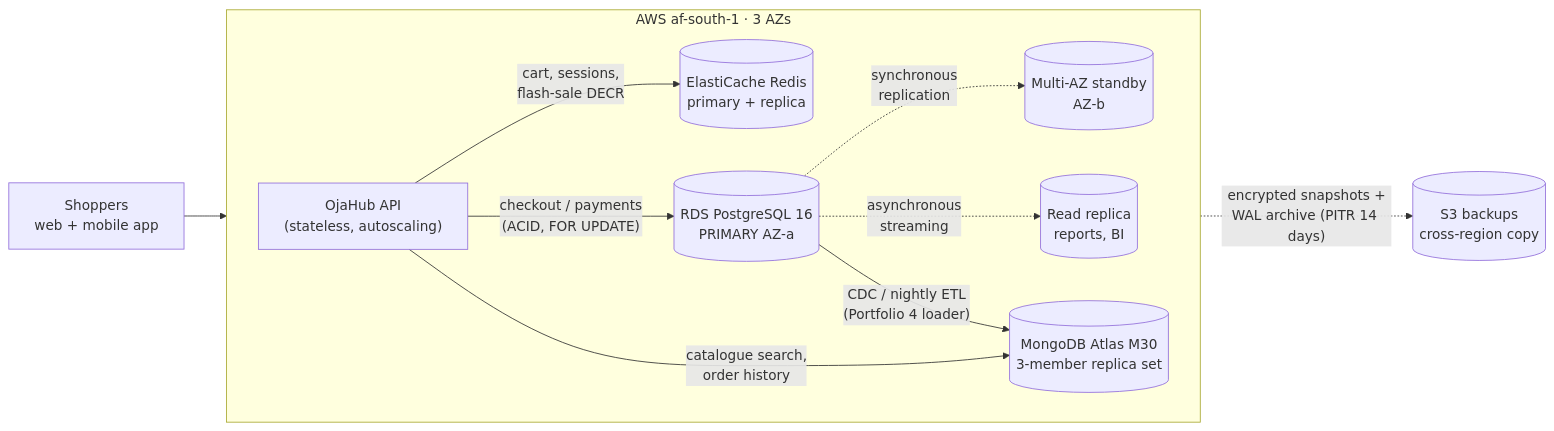
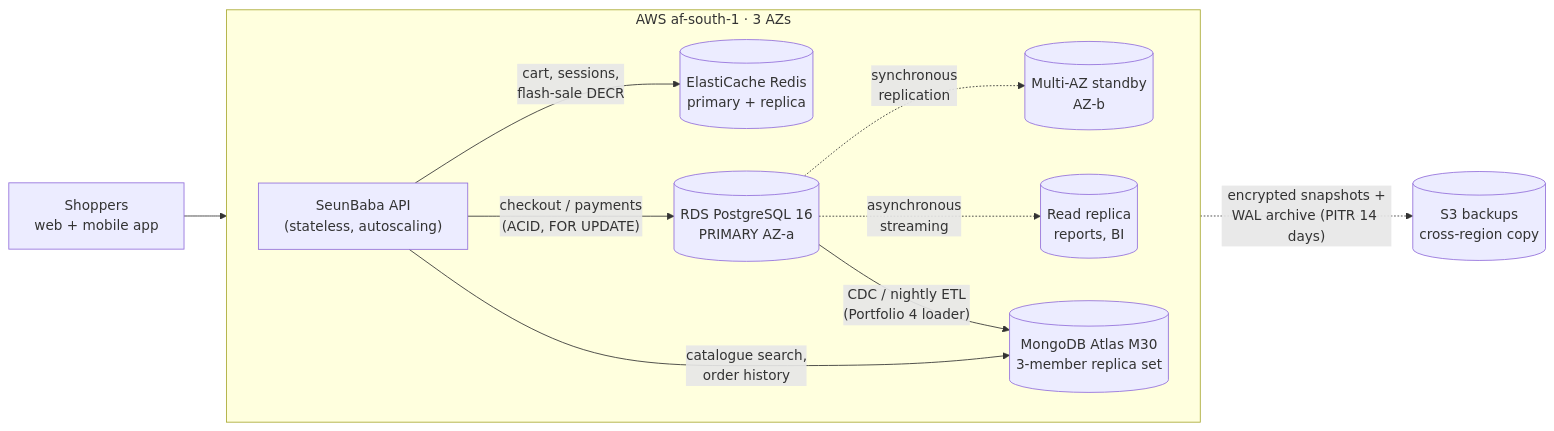
Before and after one commit to NinoBass/oluwaseun_mit8103_submission: the diagram in portfolio-5-distributed-cloud/cloud/architecture.mmd, drawn with Mermaid. The commit also changed 1 other file, not shown here.

Commit message:
p5: rename case study in Terraform and architecture diagram

```diff
--- a/portfolio-5-distributed-cloud/cloud/architecture.mmd
+++ b/portfolio-5-distributed-cloud/cloud/architecture.mmd
@@ -1,12 +1,12 @@
 flowchart LR
-    U["Shoppers<br/>web + mobile app"] --> API["OjaHub API<br/>(stateless, autoscaling)"]
+    U["Shoppers<br/>web + mobile app"] --> API["SeunBaba API<br/>(stateless, autoscaling)"]
     subgraph AWS["AWS af-south-1 · 3 AZs"]
       direction LR
       API -->|"cart, sessions,<br/>flash-sale DECR"| R[("ElastiCache Redis<br/>primary + replica")]
       API -->|"checkout / payments<br/>(ACID, FOR UPDATE)"| PG[("RDS PostgreSQL 16<br/>PRIMARY  AZ-a")]
       PG -. "synchronous<br/>replication" .-> PGS[("Multi-AZ standby<br/>AZ-b")]
       PG -. "asynchronous<br/>streaming" .-> PGR[("Read replica<br/>reports, BI")]
       API -->|"catalogue search,<br/>order history"| MG[("MongoDB Atlas M30<br/>3-member replica set")]
       PG -->|"CDC / nightly ETL<br/>(Portfolio 4 loader)"| MG
     end
     PG -. "encrypted snapshots +<br/>WAL archive (PITR 14 days)" .-> S3[("S3 backups<br/>cross-region copy")]
```
